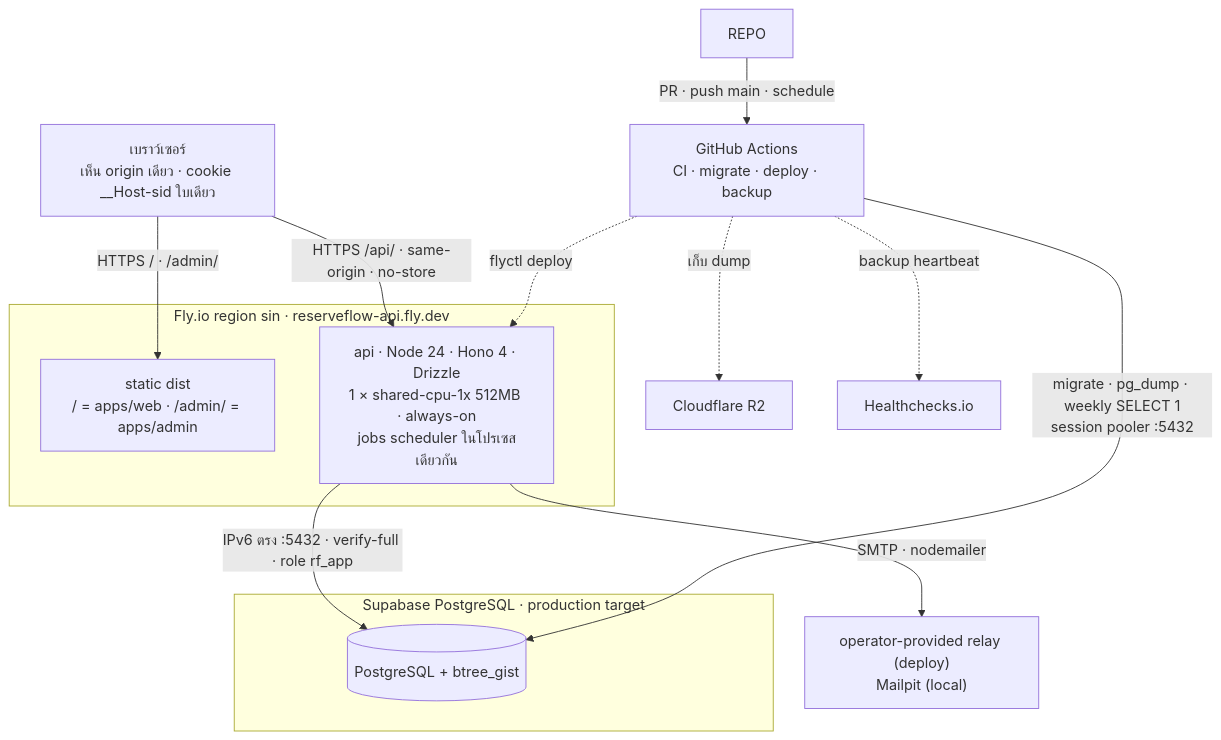
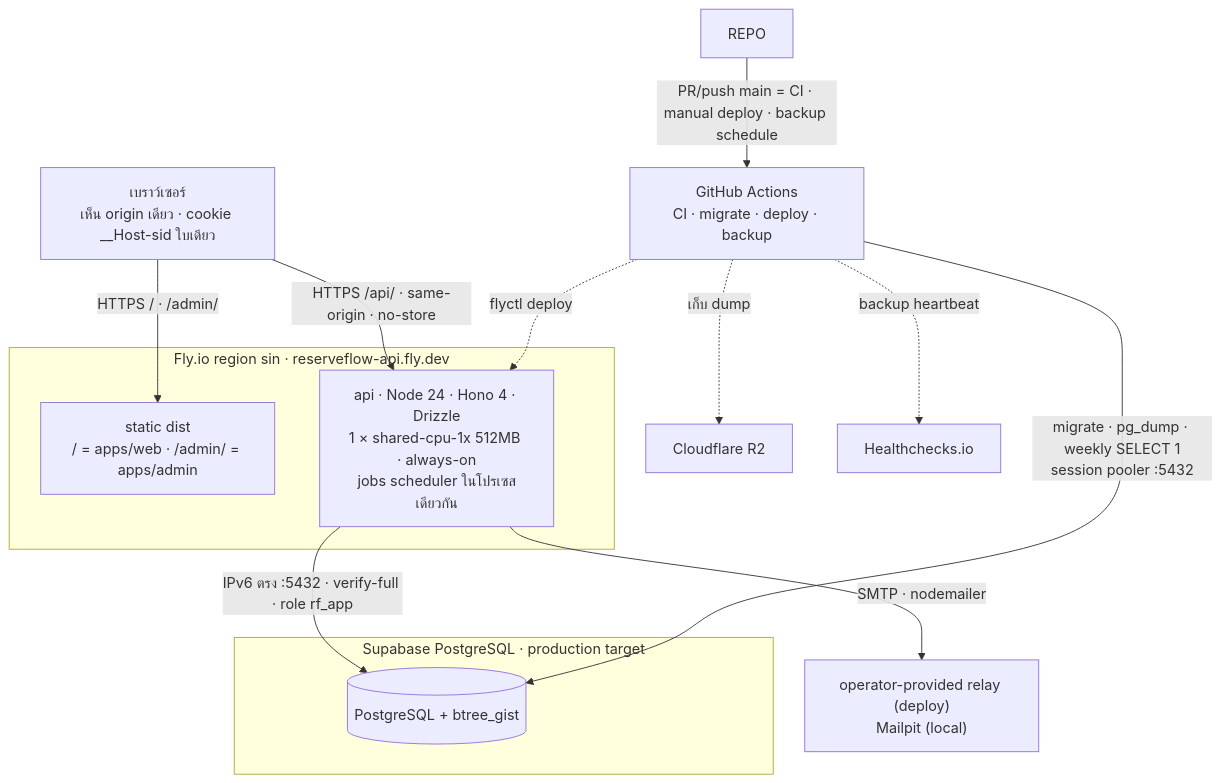
Before and after one commit to greentea01x/reserve-flow: the diagram in docs/spec/diagrams/src/deployment.mmd, drawn with Mermaid. The commit also changed 9 other files, not shown here.

Commit message:
ci: make production deploy manual-only

```diff
--- a/docs/spec/diagrams/src/deployment.mmd
+++ b/docs/spec/diagrams/src/deployment.mmd
@@ -1,19 +1,19 @@
 %% title: topology ที่กำหนดใน repository — Fly.io full stack + PostgreSQL
 %% id: deployment
 flowchart TB
   subgraph FLY["Fly.io region sin · reserveflow-api.fly.dev"]
     STATIC["static dist<br/>/ = apps/web · /admin/ = apps/admin"]
     API["api · Node 24 · Hono 4 · Drizzle<br/>1 × shared-cpu-1x 512MB · always-on<br/>jobs scheduler ในโปรเซสเดียวกัน"]
   end
   subgraph SUPA["Supabase PostgreSQL · production target"]
     PG[("PostgreSQL + btree_gist")]
   end
-  REPO -->|"PR · push main · schedule"| GHA["GitHub Actions<br/>CI · migrate · deploy · backup"]
+  REPO -->|"PR/push main = CI · manual deploy · backup schedule"| GHA["GitHub Actions<br/>CI · migrate · deploy · backup"]
   BR["เบราว์เซอร์<br/>เห็น origin เดียว · cookie __Host-sid ใบเดียว"] -->|"HTTPS / · /admin/"| STATIC
   BR -->|"HTTPS /api/ · same-origin · no-store"| API
   API -->|"IPv6 ตรง :5432 · verify-full · role rf_app"| PG
   API -->|"SMTP · nodemailer"| MAIL["operator-provided relay (deploy)<br/>Mailpit (local)"]
   GHA -.->|"flyctl deploy"| API
   GHA -->|"migrate · pg_dump · weekly SELECT 1<br/>session pooler :5432"| PG
   GHA -.->|"เก็บ dump"| R2["Cloudflare R2"]
   GHA -.->|"backup heartbeat"| HC["Healthchecks.io"]
```
